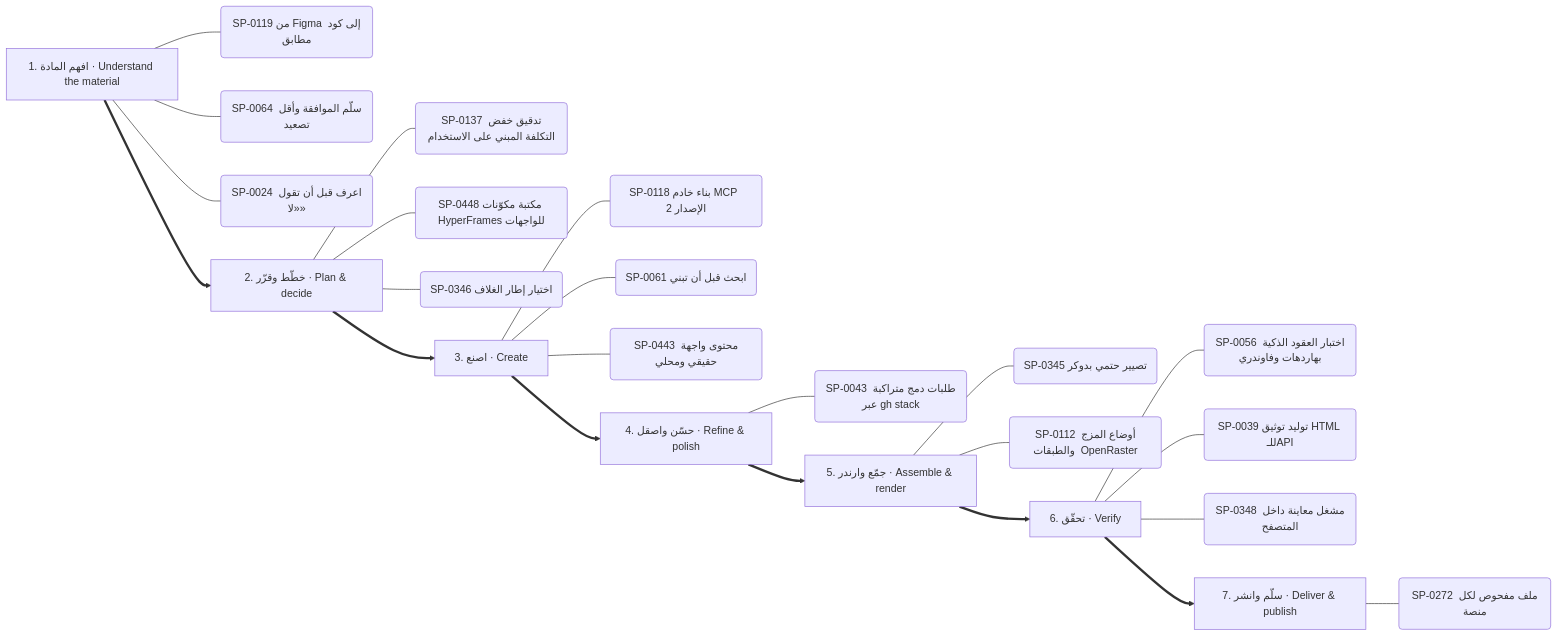
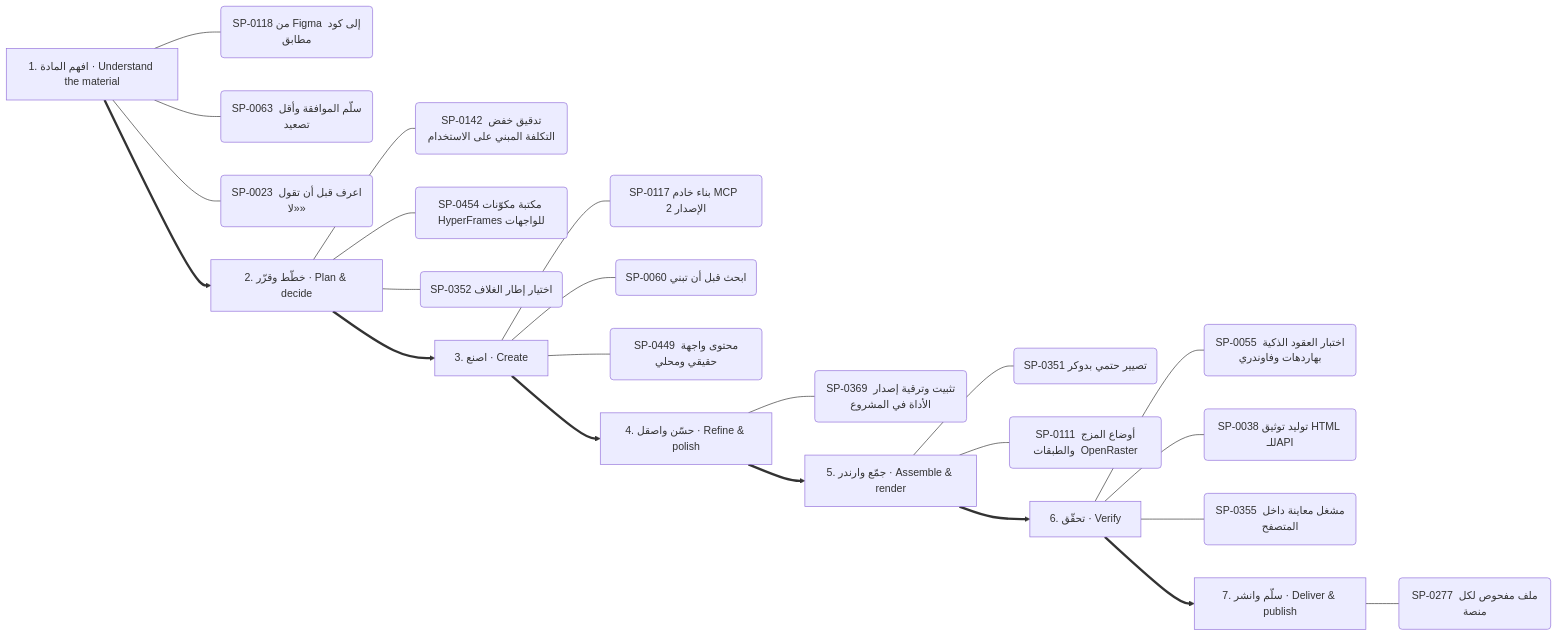
The ninth of 13 diagrams in .claude/skills/kosif-superpowers/references/capability-mindmap.md (kosif199022-jpg/kosif-tool), drawn with Mermaid before and after one commit. The commit also changed other lines of this file and 146 other files, not shown here.

````diff
--- a/.claude/skills/kosif-superpowers/references/capability-mindmap.md
+++ b/.claude/skills/kosif-superpowers/references/capability-mindmap.md
@@ -455,32 +455,32 @@
 ```mermaid
 flowchart LR
   S0["1. افهم المادة · Understand the material"]
-  S0 --- S0_0("SP-0119 من Figma إلى كود مطابق")
-  S0 --- S0_1("SP-0064 سلّم الموافقة وأقل تصعيد")
-  S0 --- S0_2("SP-0024 اعرف قبل أن تقول «لا»")
+  S0 --- S0_0("SP-0118 من Figma إلى كود مطابق")
+  S0 --- S0_1("SP-0063 سلّم الموافقة وأقل تصعيد")
+  S0 --- S0_2("SP-0023 اعرف قبل أن تقول «لا»")
   S1["2. خطّط وقرّر · Plan & decide"]
-  S1 --- S1_0("SP-0137 تدقيق خفض التكلفة المبني على الاستخدام")
-  S1 --- S1_1("SP-0448 مكتبة مكوّنات HyperFrames للواجهات")
-  S1 --- S1_2("SP-0346 اختيار إطار الغلاف")
+  S1 --- S1_0("SP-0142 تدقيق خفض التكلفة المبني على الاستخدام")
+  S1 --- S1_1("SP-0454 مكتبة مكوّنات HyperFrames للواجهات")
+  S1 --- S1_2("SP-0352 اختيار إطار الغلاف")
   S0 ==> S1
   S2["3. اصنع · Create"]
-  S2 --- S2_0("SP-0118 بناء خادم MCP  الإصدار 2 ")
-  S2 --- S2_1("SP-0061 ابحث قبل أن تبني")
-  S2 --- S2_2("SP-0443 محتوى واجهة حقيقي ومحلي")
+  S2 --- S2_0("SP-0117 بناء خادم MCP  الإصدار 2 ")
+  S2 --- S2_1("SP-0060 ابحث قبل أن تبني")
+  S2 --- S2_2("SP-0449 محتوى واجهة حقيقي ومحلي")
   S1 ==> S2
   S3["4. حسّن واصقل · Refine & polish"]
-  S3 --- S3_0("SP-0043 طلبات دمج متراكبة عبر gh stack")
+  S3 --- S3_0("SP-0369 تثبيت وترقية إصدار الأداة في المشروع")
   S2 ==> S3
   S4["5. جمّع وارندر · Assemble & render"]
-  S4 --- S4_0("SP-0345 تصيير حتمي بدوكر")
-  S4 --- S4_1("SP-0112 أوضاع المزج والطبقات  OpenRaster ")
+  S4 --- S4_0("SP-0351 تصيير حتمي بدوكر")
+  S4 --- S4_1("SP-0111 أوضاع المزج والطبقات  OpenRaster ")
   S3 ==> S4
   S5["6. تحقّق · Verify"]
-  S5 --- S5_0("SP-0056 اختبار العقود الذكية بهاردهات وفاوندري")
-  S5 --- S5_1("SP-0039 توليد توثيق HTML للـAPI")
-  S5 --- S5_2("SP-0348 مشغل معاينة داخل المتصفح")
+  S5 --- S5_0("SP-0055 اختبار العقود الذكية بهاردهات وفاوندري")
+  S5 --- S5_1("SP-0038 توليد توثيق HTML للـAPI")
+  S5 --- S5_2("SP-0355 مشغل معاينة داخل المتصفح")
   S4 ==> S5
   S6["7. سلّم وانشر · Deliver & publish"]
-  S6 --- S6_0("SP-0272 ملف مفحوص لكل منصة")
+  S6 --- S6_0("SP-0277 ملف مفحوص لكل منصة")
   S5 ==> S6
 ```
````
